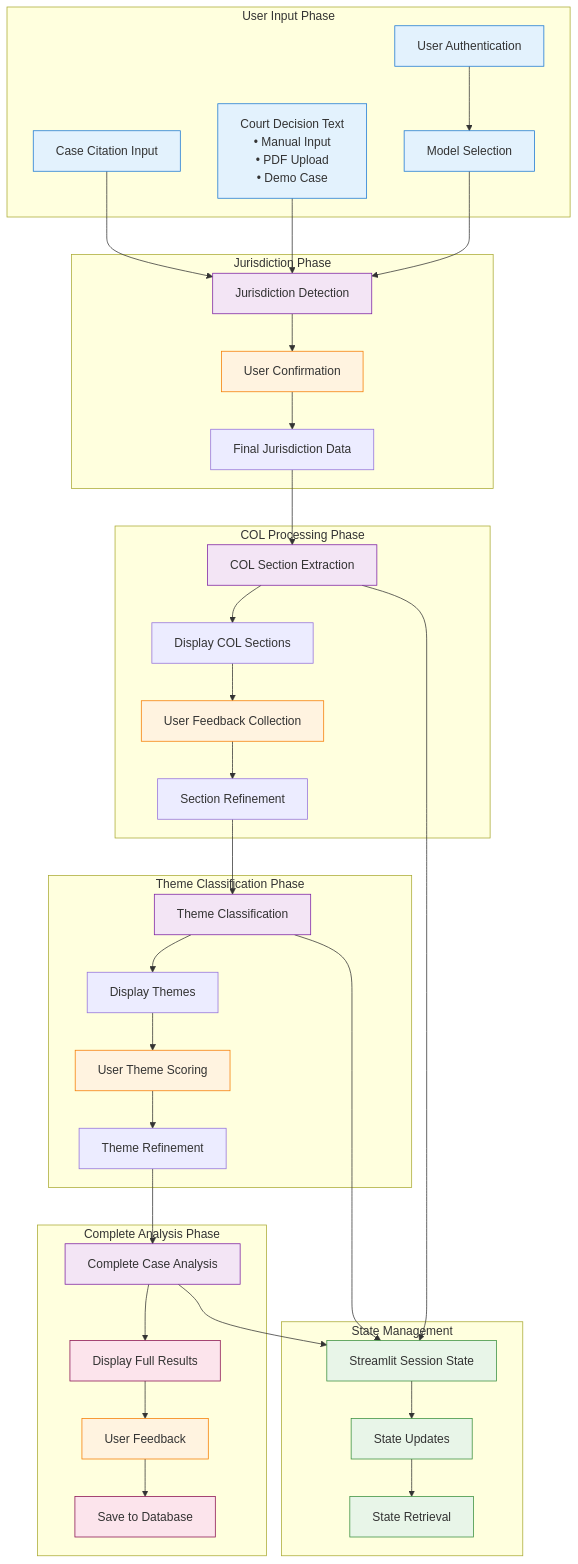
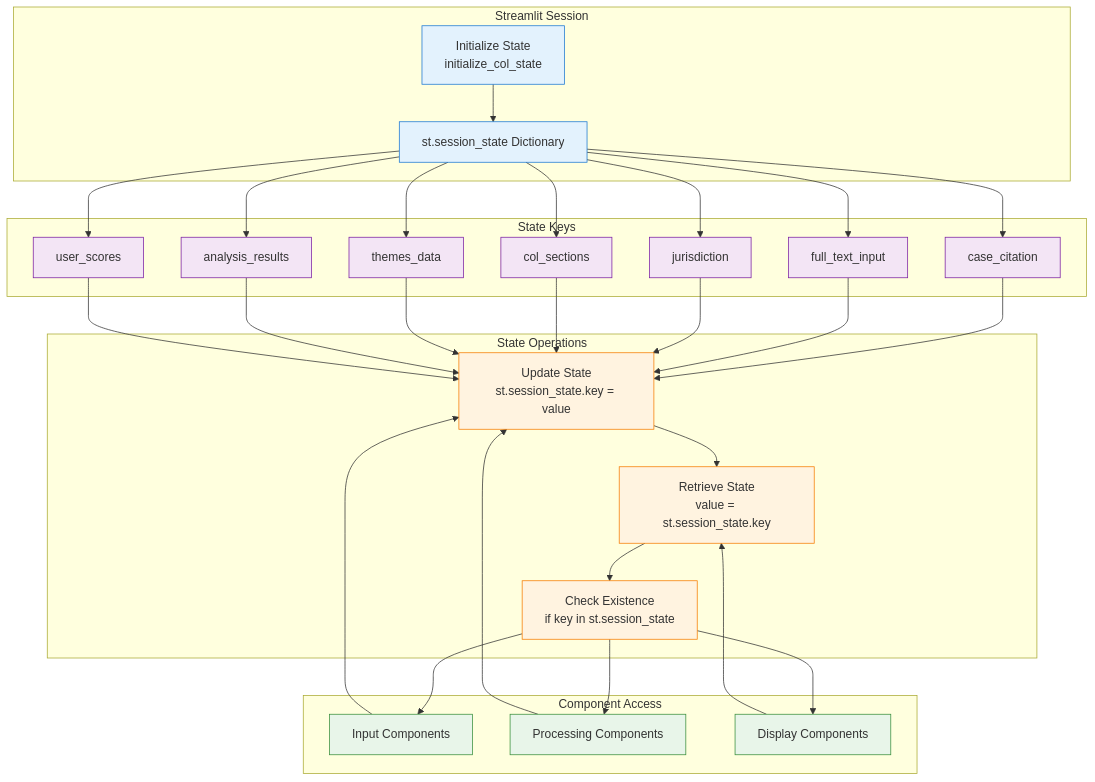
Before and after one commit to Choice-of-Law-Dataverse/cold-case-analysis: the fifth of 7 diagrams in docs/ARCHITECTURE.md, drawn with Mermaid. The commit also changed other lines of this file and 4 other files, not shown here.

````diff
--- a/docs/ARCHITECTURE.md
+++ b/docs/ARCHITECTURE.md
@@ -468,84 +524,67 @@
 ```mermaid
 flowchart TD
-    subgraph "User Input Phase"
-        CaseCitation[Case Citation Input]
-        TextInput[Court Decision Text<br/>• Manual Input<br/>• PDF Upload<br/>• Demo Case]
-        Authentication[User Authentication]
-        ModelSelect[Model Selection]
+    subgraph "Streamlit Session"
+        InitState[Initialize State<br/>initialize_col_state]
+        SessionDict[st.session_state Dictionary]
     end
     
-    subgraph "Jurisdiction Phase"
-        JurisdictDetect[Jurisdiction Detection]
-        JurisdictConfirm[User Confirmation]
-        JurisdictData[Final Jurisdiction Data]
+    subgraph "State Keys"
+        CaseCit[case_citation]
+        FullText[full_text_input]
+        Juris[jurisdiction]
+        COLData[col_sections]
+        Themes[themes_data]
+        AnalysisData[analysis_results]
+        Scores[user_scores]
     end
     
-    subgraph "COL Processing Phase"
-        COLExtraction[COL Section Extraction]
-        COLDisplay[Display COL Sections]
-        COLFeedback[User Feedback Collection]
-        COLRefinement[Section Refinement]
+    subgraph "State Operations"
+        Update[Update State<br/>st.session_state.key = value]
+        Retrieve[Retrieve State<br/>value = st.session_state.key]
+        Check[Check Existence<br/>if key in st.session_state]
     end
     
-    subgraph "Theme Classification Phase"
-        ThemeExtract[Theme Classification]
-        ThemeDisplay[Display Themes]
-        ThemeScore[User Theme Scoring]
-        ThemeRefine[Theme Refinement]
+    subgraph "Component Access"
+        InputComp[Input Components]
+        ProcComp[Processing Components]
+        DispComp[Display Components]
     end
     
-    subgraph "Complete Analysis Phase"
-        FullAnalysis[Complete Case Analysis]
-        ResultsDisplay[Display Full Results]
-        UserFeedback[User Feedback]
-        ResultsSave[Save to Database]
-    end
+    InitState --> SessionDict
+    SessionDict --> CaseCit
+    SessionDict --> FullText
+    SessionDict --> Juris
+    SessionDict --> COLData
+    SessionDict --> Themes
+    SessionDict --> AnalysisData
+    SessionDict --> Scores
     
-    subgraph "State Management"
-        SessionState[Streamlit Session State]
-        StateUpdates[State Updates]
-        StateRetrieval[State Retrieval]
-    end
-
-    CaseCitation --> JurisdictDetect
-    TextInput --> JurisdictDetect
-    Authentication --> ModelSelect
-    ModelSelect --> JurisdictDetect
+    CaseCit --> Update
+    FullText --> Update
+    Juris --> Update
+    COLData --> Update
+    Themes --> Update
+    AnalysisData --> Update
+    Scores --> Update
     
-    JurisdictDetect --> JurisdictConfirm
-    JurisdictConfirm --> JurisdictData
-    JurisdictData --> COLExtraction
+    Update --> Retrieve
+    Retrieve --> Check
     
-    COLExtraction --> COLDisplay
-    COLDisplay --> COLFeedback
-    COLFeedback --> COLRefinement
-    COLRefinement --> ThemeExtract
+    Check --> InputComp
+    Check --> ProcComp
+    Check --> DispComp
     
-    ThemeExtract --> ThemeDisplay
-    ThemeDisplay --> ThemeScore
-    ThemeScore --> ThemeRefine
-    ThemeRefine --> FullAnalysis
+    InputComp --> Update
+    ProcComp --> Update
+    DispComp --> Retrieve
     
-    FullAnalysis --> ResultsDisplay
-    ResultsDisplay --> UserFeedback
-    UserFeedback --> ResultsSave
+    classDef session fill:#e3f2fd,stroke:#1976d2
+    classDef keys fill:#f3e5f5,stroke:#7b1fa2
+    classDef ops fill:#fff3e0,stroke:#f57c00
+    classDef comp fill:#e8f5e9,stroke:#388e3c
     
-    %% State management connections
-    COLExtraction --> SessionState
-    ThemeExtract --> SessionState
-    FullAnalysis --> SessionState
-    SessionState --> StateUpdates
-    StateUpdates --> StateRetrieval
-
-    classDef input fill:#e3f2fd,stroke:#1976d2
-    classDef process fill:#f3e5f5,stroke:#7b1fa2
-    classDef feedback fill:#fff3e0,stroke:#f57c00
-    classDef state fill:#e8f5e8,stroke:#388e3c
-    classDef output fill:#fce4ec,stroke:#880e4f
-
-    class CaseCitation,TextInput,Authentication,ModelSelect input
-    class JurisdictDetect,COLExtraction,ThemeExtract,FullAnalysis process
-    class JurisdictConfirm,COLFeedback,ThemeScore,UserFeedback feedback
-    class SessionState,StateUpdates,StateRetrieval state
-    class ResultsDisplay,ResultsSave output
+    class InitState,SessionDict session
+    class CaseCit,FullText,Juris,COLData,Themes,AnalysisData,Scores keys
+    class Update,Retrieve,Check ops
+    class InputComp,ProcComp,DispComp comp
 ```
````
